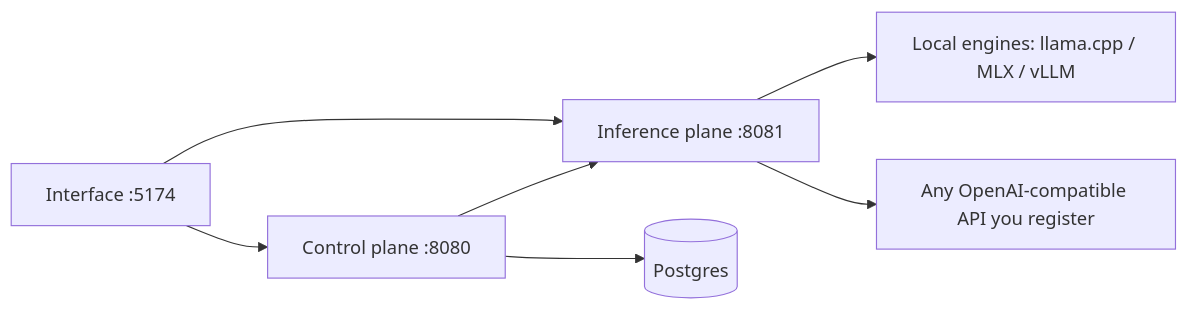
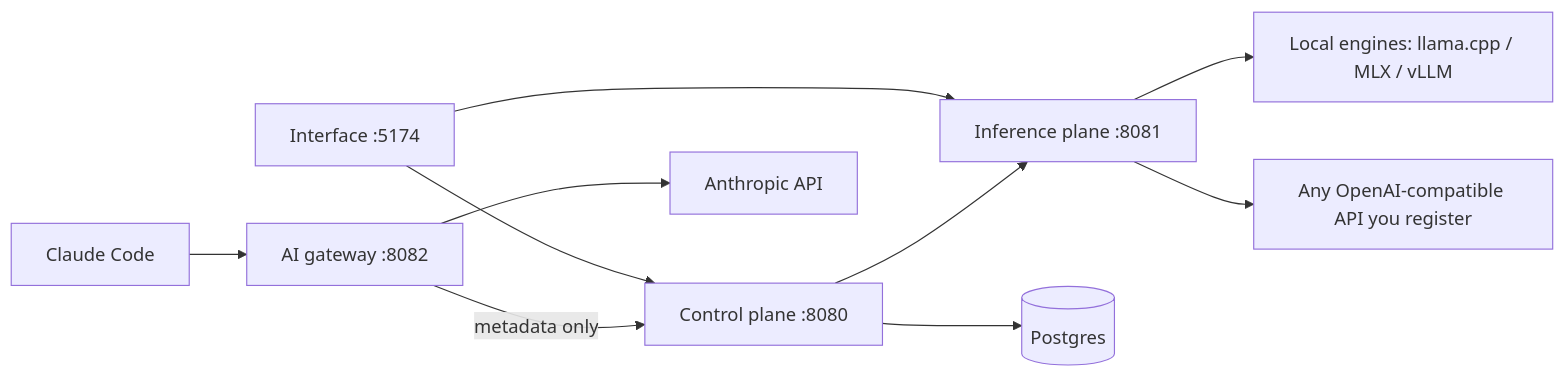
The diagram in docs/user-docs/content/index.md (al2m4n/TheYgent), drawn with Mermaid before and after one commit. The commit also changed other lines of this file and 20 other files, not shown here.

````diff
--- a/docs/user-docs/content/index.md
+++ b/docs/user-docs/content/index.md
@@ -41,9 +41,12 @@
 ```mermaid
 graph LR
     UI[Interface :5174] --> CP[Control plane :8080]
     UI --> IP[Inference plane :8081]
     CP --> IP
     CP --> PG[(Postgres)]
     IP --> ENG[Local engines: llama.cpp / MLX / vLLM]
     IP --> API[Any OpenAI-compatible API you register]
+    CC[Claude Code] --> AG[AI gateway :8082]
+    AG --> ANT[Anthropic API]
+    AG -->|metadata only| CP
 ```
````
